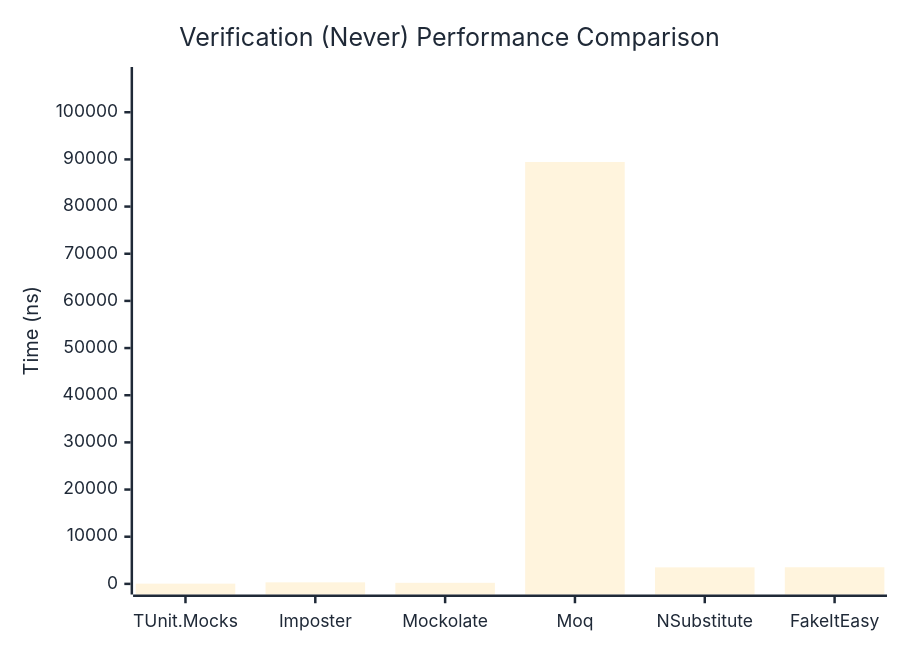
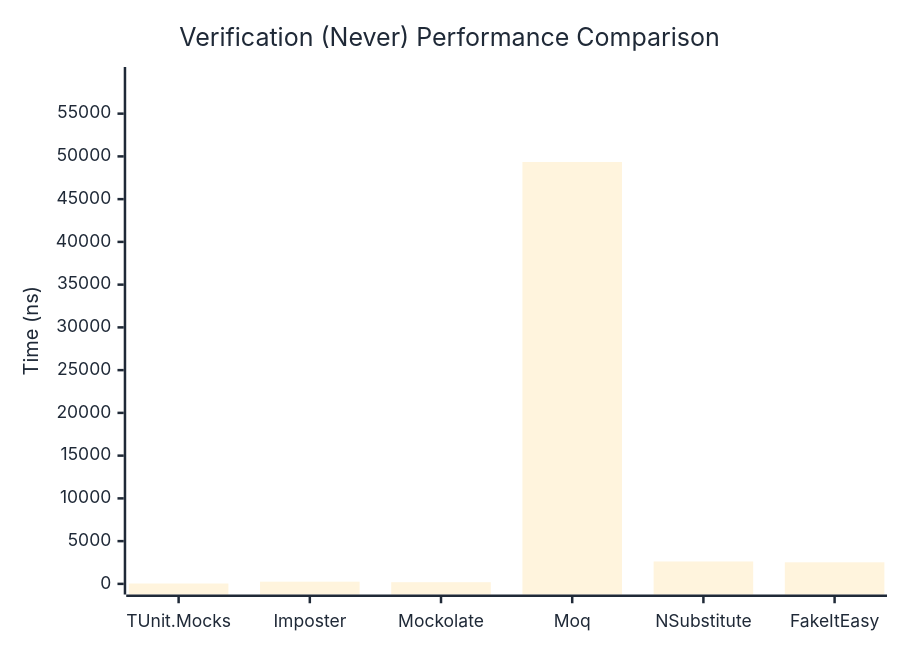
The second of 3 diagrams in docs/docs/benchmarks/mocks/Verification.md (thomhurst/TUnit), drawn with Mermaid before and after one commit. The commit also changed other lines of this file and 14 other files, not shown here.

````diff
--- a/docs/docs/benchmarks/mocks/Verification.md
+++ b/docs/docs/benchmarks/mocks/Verification.md
@@ -71,27 +71,27 @@
 ```mermaid
 %%{init: {
   'theme':'base',
   'themeVariables': {
     'primaryColor': '#2563eb',
     'primaryTextColor': '#1f2937',
     'primaryBorderColor': '#1e40af',
     'lineColor': '#6b7280',
     'secondaryColor': '#7c3aed',
     'tertiaryColor': '#dc2626',
     'background': '#ffffff',
     'pie1': '#2563eb',
     'pie2': '#7c3aed',
     'pie3': '#dc2626',
     'pie4': '#f59e0b',
     'pie5': '#10b981',
     'pie6': '#06b6d4',
     'pie7': '#ec4899',
     'pie8': '#6366f1'
   }
 }}%%
 xychart-beta
   title "Verification (Never) Performance Comparison"
   x-axis ["TUnit.Mocks", "Imposter", "Mockolate", "Moq", "NSubstitute", "FakeItEasy"]
-  y-axis "Time (ns)" 0 --> 107341
-  bar [51.32, 325.86, 225.32, 89450.53, 3498.94, 3523.12]
+  y-axis "Time (ns)" 0 --> 59213
+  bar [42.41, 257.31, 195.94, 49344.14, 2618.94, 2523.83]
 ```
````
